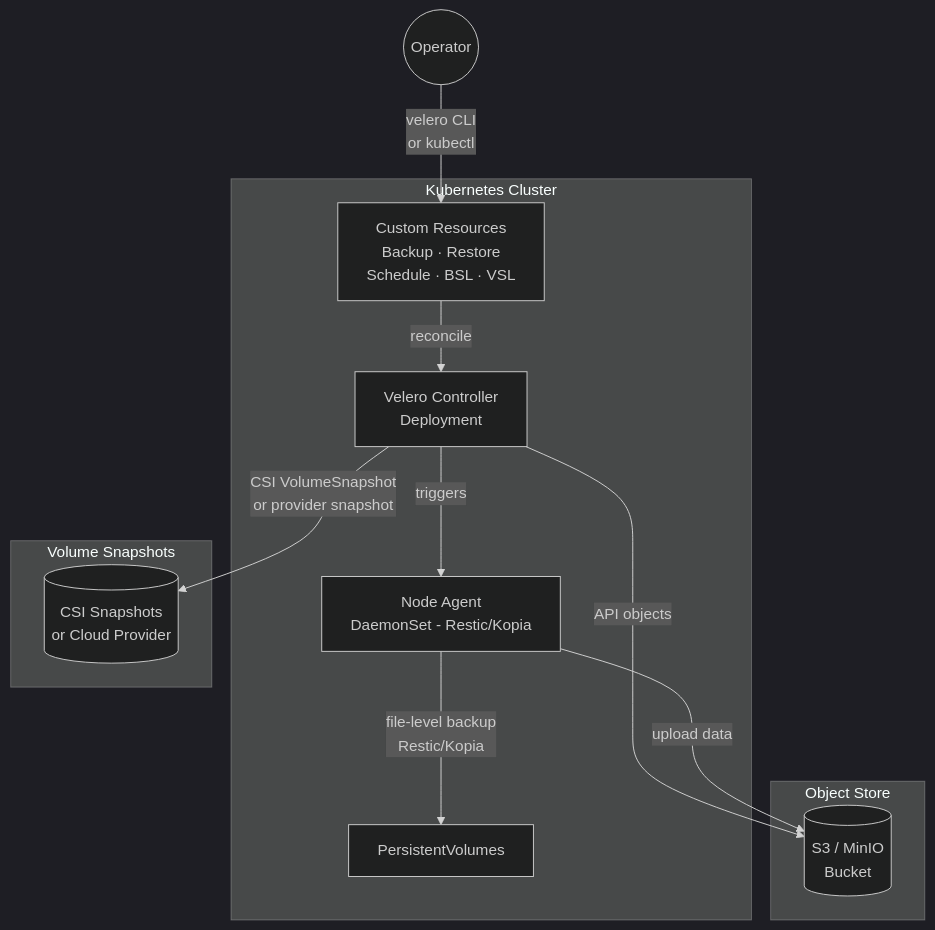
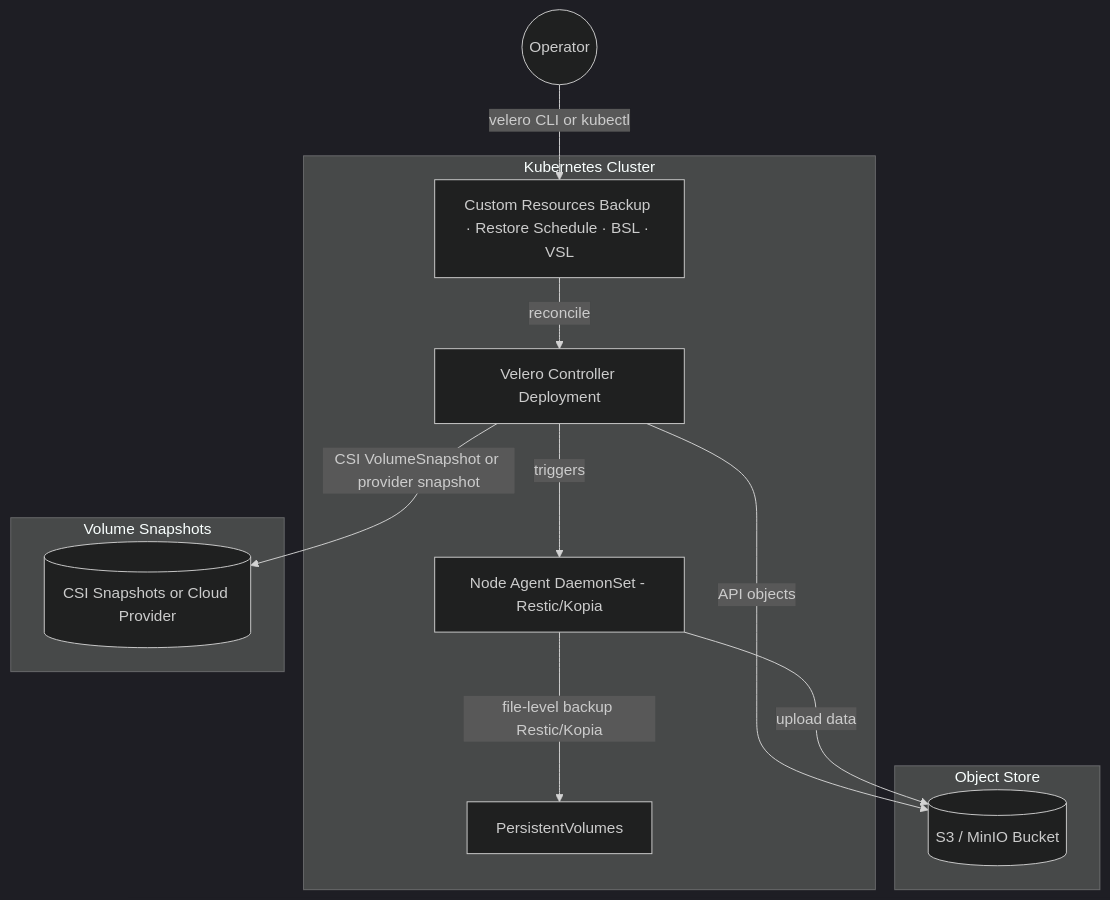
Before and after one commit to UncleJS/course_k3s: the first of 2 diagrams in 13_backup_and_dr/02_velero_backup.md, drawn with Mermaid (dark theme). The commit also changed other lines of this file and 57 other files, not shown here.

````diff
--- a/13_backup_and_dr/02_velero_backup.md
+++ b/13_backup_and_dr/02_velero_backup.md
@@ -50,25 +50,25 @@
 ```mermaid
 graph TD
     subgraph "Kubernetes Cluster"
-        VC[Velero Controller\nDeployment]
-        CR[Custom Resources\nBackup · Restore\nSchedule · BSL · VSL]
-        ND[Node Agent\nDaemonSet - Restic/Kopia]
+        VC[Velero Controller Deployment]
+        CR[Custom Resources Backup · Restore Schedule · BSL · VSL]
+        ND[Node Agent DaemonSet - Restic/Kopia]
         PVC[PersistentVolumes]
     end
 
     subgraph "Object Store"
-        S3[(S3 / MinIO\nBucket)]
+        S3[(S3 / MinIO Bucket)]
     end
 
     subgraph "Volume Snapshots"
-        VS[(CSI Snapshots\nor Cloud Provider)]
+        VS[(CSI Snapshots or Cloud Provider)]
     end
 
-    User((Operator)) -->|velero CLI\nor kubectl| CR
+    User((Operator)) -->|velero CLI or kubectl| CR
     CR -->|reconcile| VC
     VC -->|API objects| S3
     VC -->|triggers| ND
-    ND -->|file-level backup\nRestic/Kopia| PVC
+    ND -->|file-level backup Restic/Kopia| PVC
     ND -->|upload data| S3
-    VC -->|CSI VolumeSnapshot\nor provider snapshot| VS
+    VC -->|CSI VolumeSnapshot or provider snapshot| VS
 ```
````
